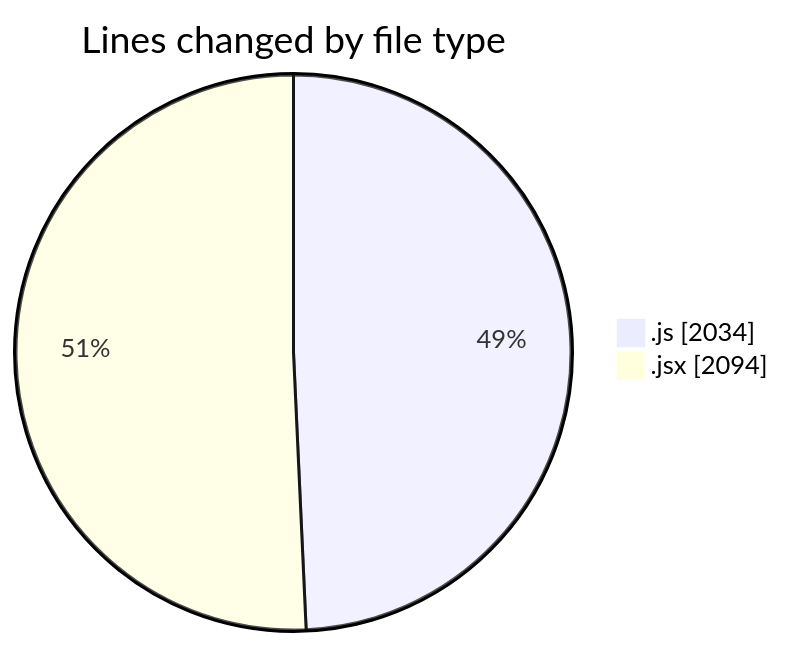
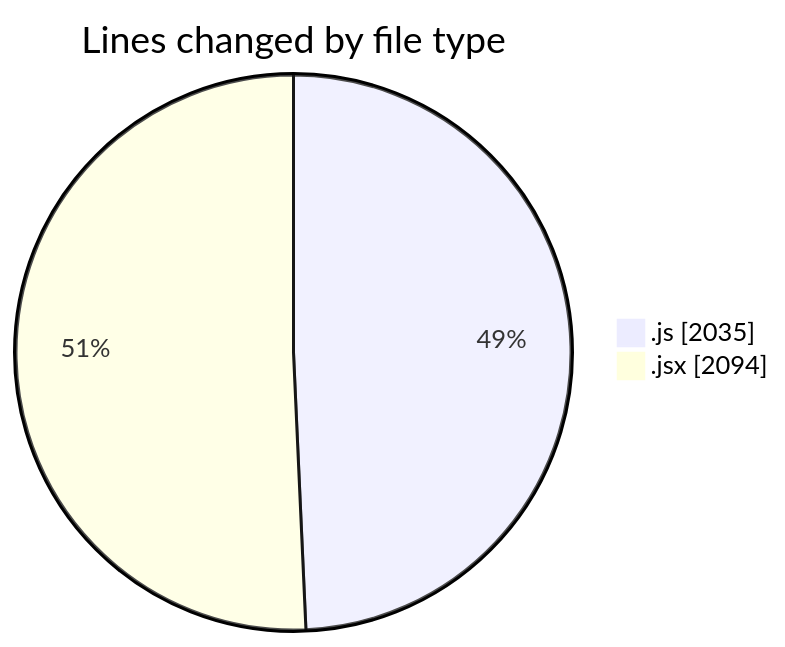
One commit to nxtqubesakshisongat/code-tracking changed the first of 2 diagrams in 2025-09-01/nxtqube_webapp/README.md. Above: the diagram before and after it, drawn with Mermaid. The commit also changed other lines of this file and 1 other file, not shown here.

````diff
--- a/2025-09-01/nxtqube_webapp/README.md
+++ b/2025-09-01/nxtqube_webapp/README.md
@@ -25,6 +25,6 @@
 ```mermaid
 pie showData
 title Lines changed by file type
-".js" : 2034
+".js" : 2035
 ".jsx" : 2094
 ```
````
